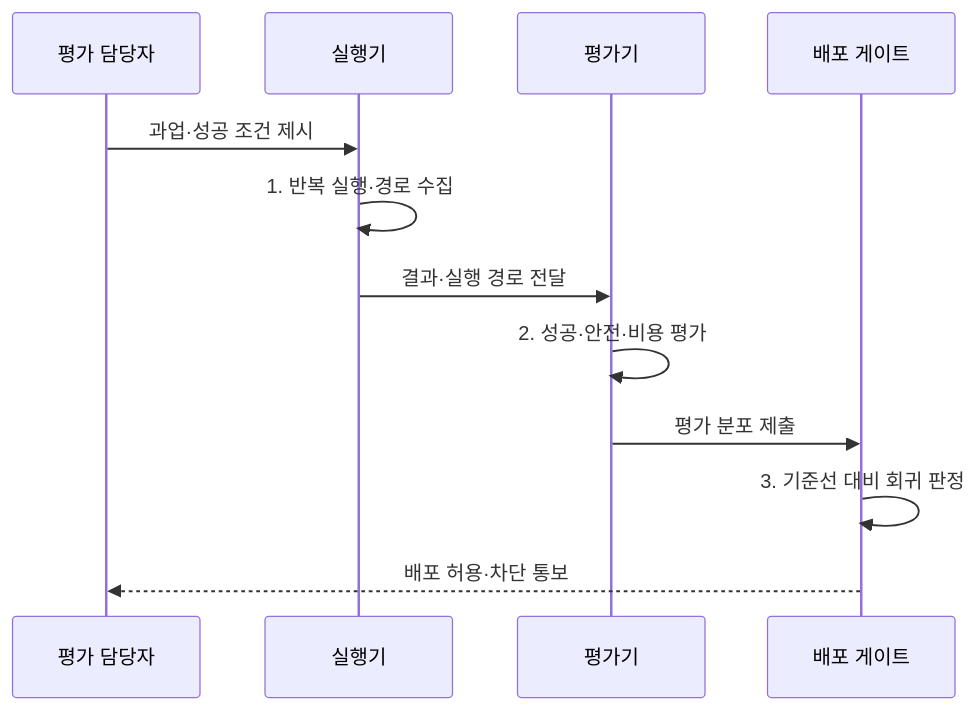
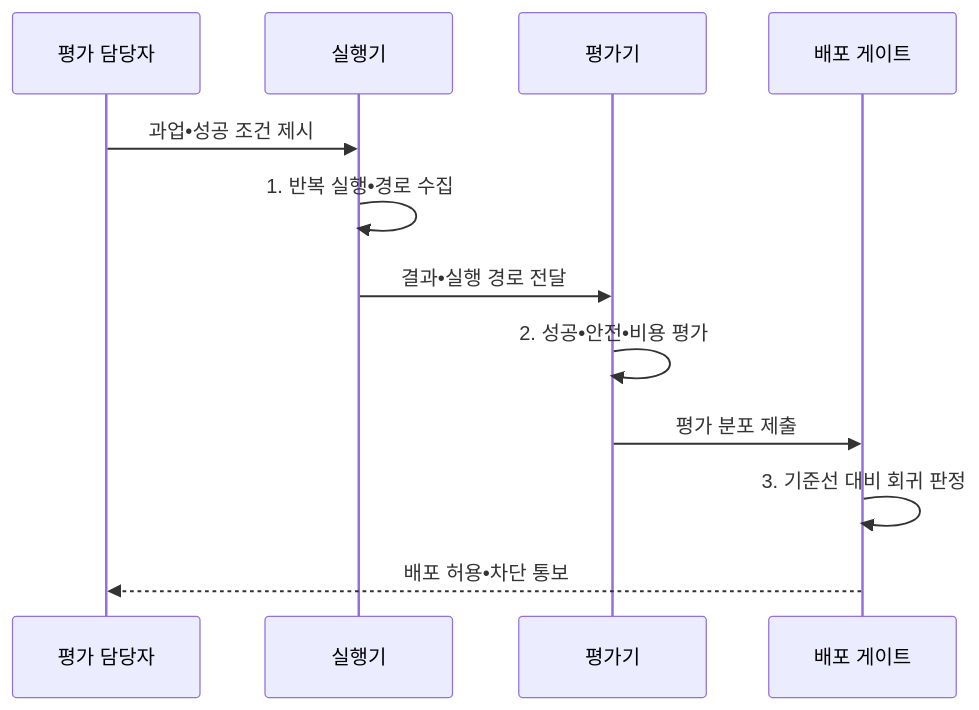
Before and after one commit to agnusdei1207/knowledge-base: the second of 2 diagrams in src/content/docs/notes/08-latest-tech/021_agent_evaluation.md, drawn with Mermaid. The commit also changed other lines of this file and 953 other files, not shown here.

````diff
--- a/src/content/docs/notes/08-latest-tech/021_agent_evaluation.md
+++ b/src/content/docs/notes/08-latest-tech/021_agent_evaluation.md
@@ -102,14 +102,14 @@
 ```mermaid
 sequenceDiagram
     participant H as 평가 담당자
     participant R as 실행기
     participant V as 평가기
     participant G as 배포 게이트
-    H->>R: 과업·성공 조건 제시
-    R->>R: 1. 반복 실행·경로 수집
-    R->>V: 결과·실행 경로 전달
-    V->>V: 2. 성공·안전·비용 평가
+    H->>R: 과업•성공 조건 제시
+    R->>R: 1. 반복 실행•경로 수집
+    R->>V: 결과•실행 경로 전달
+    V->>V: 2. 성공•안전•비용 평가
     V->>G: 평가 분포 제출
     G->>G: 3. 기준선 대비 회귀 판정
-    G-->>H: 배포 허용·차단 통보
+    G-->>H: 배포 허용•차단 통보
 ```
````
